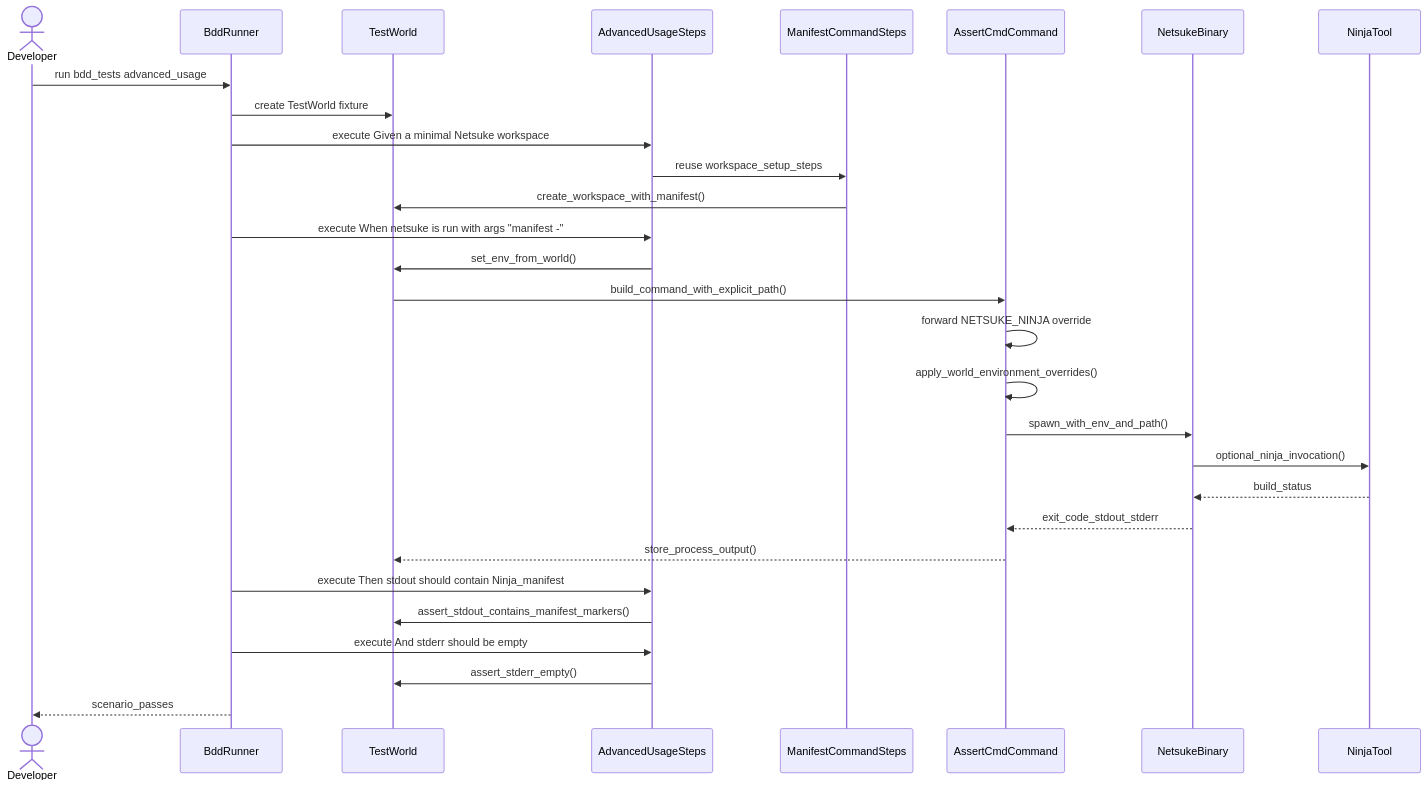
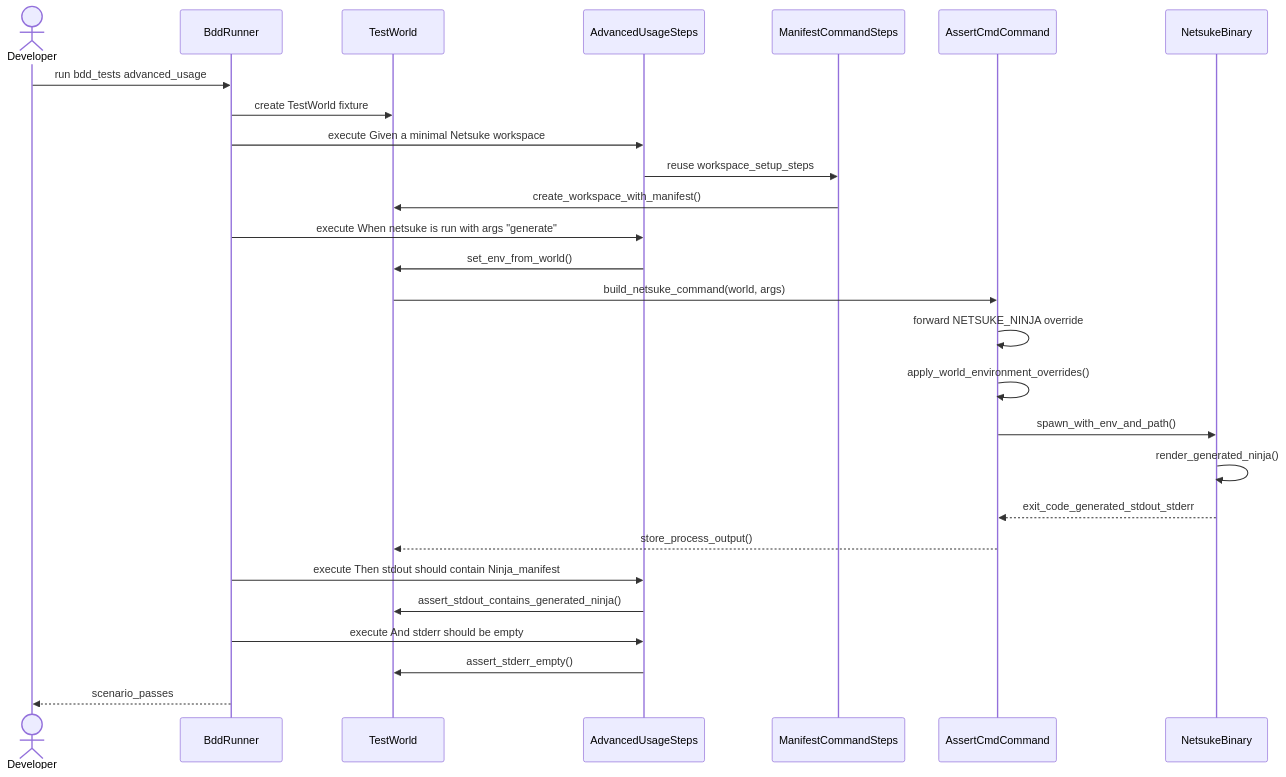
The diagram in docs/developers-guide.md (leynos/netsuke), drawn with Mermaid before and after one commit. The commit also changed other lines of this file and 101 other files, not shown here.

````diff
--- a/docs/developers-guide.md
+++ b/docs/developers-guide.md
@@ -1038,37 +1017,35 @@
 ```mermaid
 sequenceDiagram
     actor Developer
     participant BddRunner
     participant TestWorld
     participant AdvancedUsageSteps
     participant ManifestCommandSteps
     participant AssertCmdCommand
     participant NetsukeBinary
-    participant NinjaTool
 
     Developer->>BddRunner: run bdd_tests advanced_usage
     BddRunner->>TestWorld: create TestWorld fixture
 
     BddRunner->>AdvancedUsageSteps: execute Given a minimal Netsuke workspace
     AdvancedUsageSteps->>ManifestCommandSteps: reuse workspace_setup_steps
     ManifestCommandSteps->>TestWorld: create_workspace_with_manifest()
 
-    BddRunner->>AdvancedUsageSteps: execute When netsuke is run with args "manifest -"
+    BddRunner->>AdvancedUsageSteps: execute When netsuke is run with args "generate"
     AdvancedUsageSteps->>TestWorld: set_env_from_world()
-    TestWorld->>AssertCmdCommand: build_command_with_explicit_path()
+    TestWorld->>AssertCmdCommand: build_netsuke_command(world, args)
     AssertCmdCommand->>AssertCmdCommand: forward NETSUKE_NINJA override
     AssertCmdCommand->>AssertCmdCommand: apply_world_environment_overrides()
     AssertCmdCommand->>NetsukeBinary: spawn_with_env_and_path()
-    NetsukeBinary->>NinjaTool: optional_ninja_invocation()
-    NinjaTool-->>NetsukeBinary: build_status
-    NetsukeBinary-->>AssertCmdCommand: exit_code_stdout_stderr
+    NetsukeBinary->>NetsukeBinary: render_generated_ninja()
+    NetsukeBinary-->>AssertCmdCommand: exit_code_generated_stdout_stderr
     AssertCmdCommand-->>TestWorld: store_process_output()
 
     BddRunner->>AdvancedUsageSteps: execute Then stdout should contain Ninja_manifest
-    AdvancedUsageSteps->>TestWorld: assert_stdout_contains_manifest_markers()
+    AdvancedUsageSteps->>TestWorld: assert_stdout_contains_generated_ninja()
 
     BddRunner->>AdvancedUsageSteps: execute And stderr should be empty
     AdvancedUsageSteps->>TestWorld: assert_stderr_empty()
 
     BddRunner-->>Developer: scenario_passes
 ```
````
